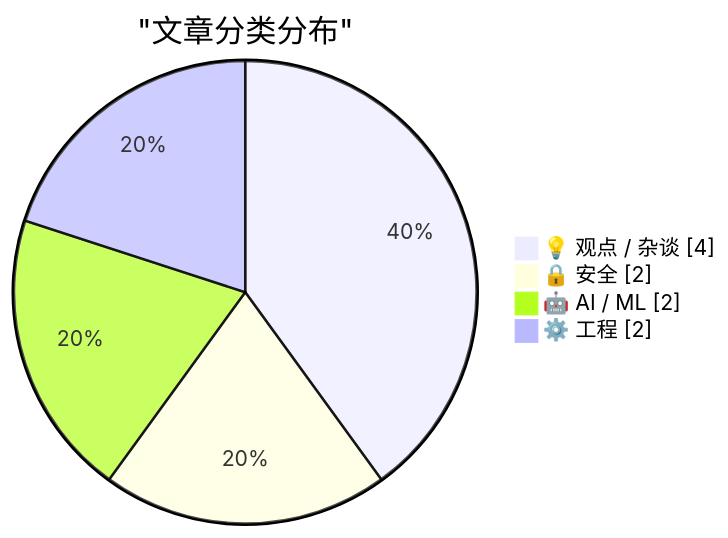
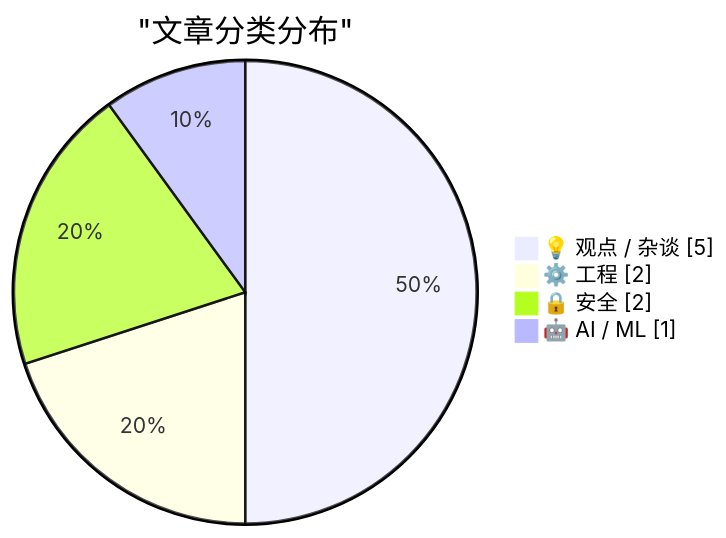
One commit to originem0/SZBlog changed the first of 2 diagrams in content/ai-daily/2026-03-01.md. Above: the diagram before and after it, drawn with Mermaid. The commit also changed other lines of this file, not shown here.

````diff
--- a/content/ai-daily/2026-03-01.md
+++ b/content/ai-daily/2026-03-01.md
@@ -60,8 +60,8 @@
 ```mermaid
 pie showData
     title "文章分类分布"
-    "💡 观点 / 杂谈" : 4
+    "💡 观点 / 杂谈" : 5
+    "⚙️ 工程" : 2
     "🔒 安全" : 2
-    "🤖 AI / ML" : 2
-    "⚙️ 工程" : 2
+    "🤖 AI / ML" : 1
 ```
````
